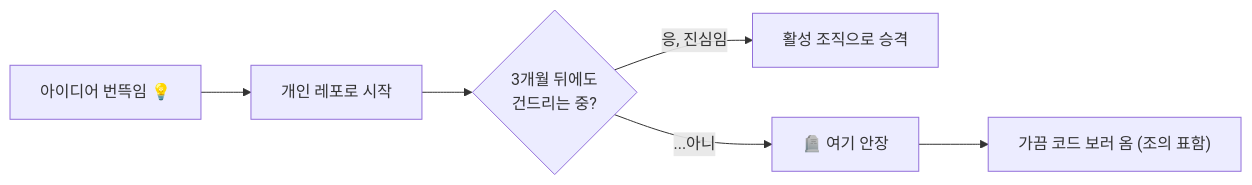
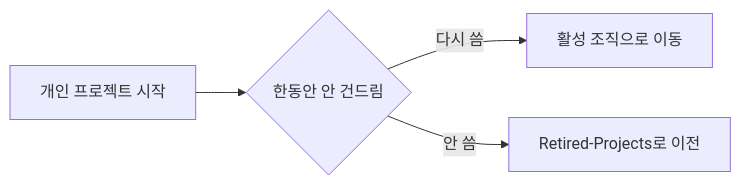
One commit to Retired-Projects/.github changed the first of 2 diagrams in profile/README.md. Above: the diagram before and after it, drawn with Mermaid. The commit also changed other lines of this file, not shown here.

````diff
--- a/profile/README.md
+++ b/profile/README.md
@@ -9,8 +7,6 @@
 ```mermaid
 flowchart LR
-    a["아이디어 번뜩임 💡"] --> b["개인 레포로 시작"]
-    b --> c{"3개월 뒤에도\n건드리는 중?"}
-    c -- "응, 진심임" --> d["활성 조직으로 승격"]
-    c -- "...아니" --> e["🪦 여기 안장"]
-    e --> f["가끔 코드 보러 옴 (조의 표함)"]
+    a[개인 프로젝트 시작] --> b{한동안 안 건드림}
+    b -- 다시 씀 --> c[활성 조직으로 이동]
+    b -- 안 씀 --> d[Retired-Projects로 이전]
 ```
````
